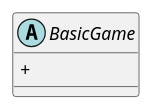
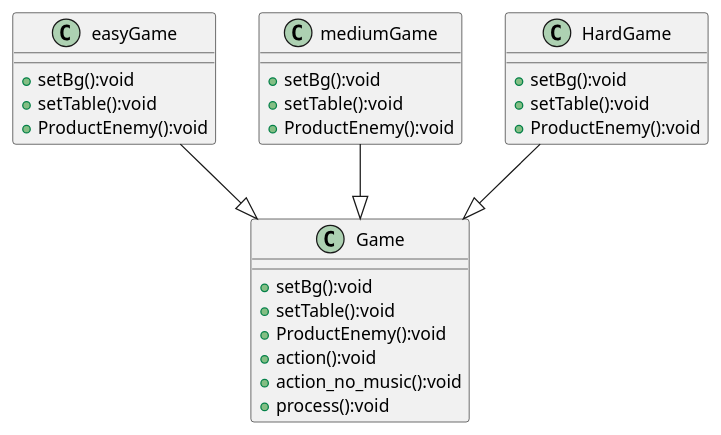
One commit to simple-luck/AircraftWar changed the diagram in uml/Game.puml. Above: the diagram before and after it, drawn with PlantUML. The commit also changed 19 other files, not shown here.

```diff
--- a/uml/Game.puml
+++ b/uml/Game.puml
@@ -1,7 +1,34 @@
 @startuml
 'https://plantuml.com/sequence-diagram
 
-abstract class BasicGame{
-    +
+ class Game{
+    + setBg():void
+    + setTable():void
+    + ProductEnemy():void
+    + action():void
+    + action_no_music():void
+    + process():void
 }
+
+class easyGame{
+    + setBg():void
+    + setTable():void
+    + ProductEnemy():void
+}
+
+class mediumGame{
+    + setBg():void
+    + setTable():void
+    + ProductEnemy():void
+}
+
+class HardGame{
+    + setBg():void
+    + setTable():void
+    + ProductEnemy():void
+}
+
+easyGame--|>Game
+mediumGame--|>Game
+HardGame--|>Game
 @enduml
```
